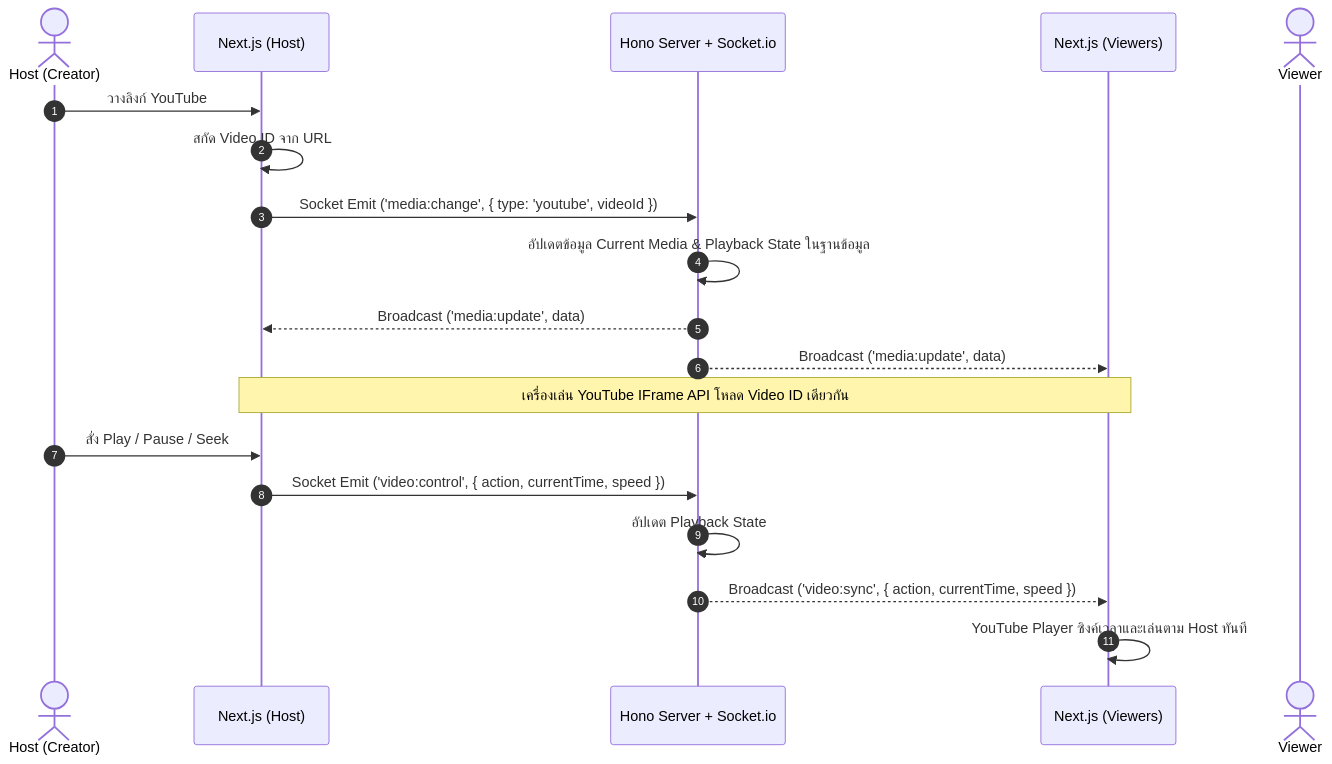
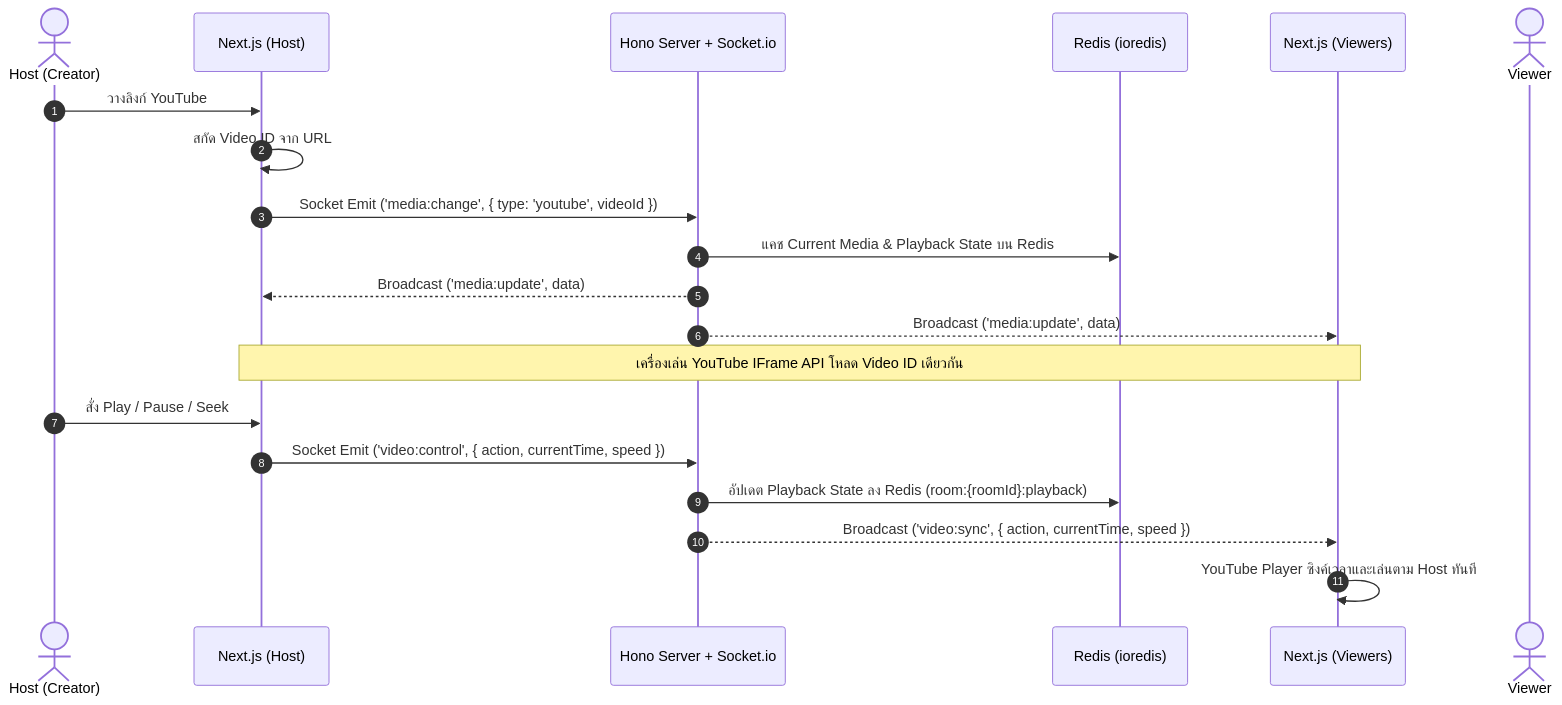
One commit to PeterGamez/YouStream changed the first of 3 diagrams in SRS.md. Above: the diagram before and after it, drawn with Mermaid. The commit also changed other lines of this file, not shown here.

````diff
--- a/SRS.md
+++ b/SRS.md
@@ -152,22 +152,23 @@
 ```mermaid
 sequenceDiagram
     autonumber
     actor Host as Host (Creator)
     participant FE_Host as Next.js (Host)
     participant BE as Hono Server + Socket.io
+    participant Redis as Redis (ioredis)
     participant FE_Viewer as Next.js (Viewers)
     actor Viewer as Viewer
 
     Host->>FE_Host: วางลิงก์ YouTube
     FE_Host->>FE_Host: สกัด Video ID จาก URL
     FE_Host->>BE: Socket Emit ('media:change', { type: 'youtube', videoId })
-    BE->>BE: อัปเดตข้อมูล Current Media & Playback State ในฐานข้อมูล
+    BE->>Redis: แคช Current Media & Playback State บน Redis
     BE-->>FE_Host: Broadcast ('media:update', data)
     BE-->>FE_Viewer: Broadcast ('media:update', data)
     Note over FE_Host, FE_Viewer: เครื่องเล่น YouTube IFrame API โหลด Video ID เดียวกัน
     Host->>FE_Host: สั่ง Play / Pause / Seek
     FE_Host->>BE: Socket Emit ('video:control', { action, currentTime, speed })
-    BE->>BE: อัปเดต Playback State
+    BE->>Redis: อัปเดต Playback State ลง Redis (room:{roomId}:playback)
     BE-->>FE_Viewer: Broadcast ('video:sync', { action, currentTime, speed })
     FE_Viewer->>FE_Viewer: YouTube Player ซิงค์เวลาและเล่นตาม Host ทันที
 ```
````
